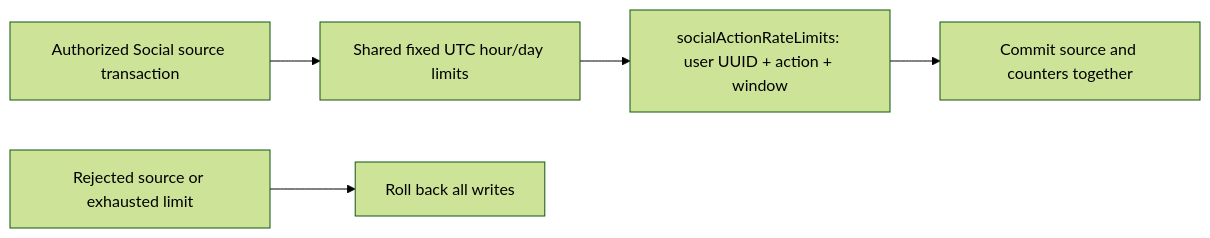
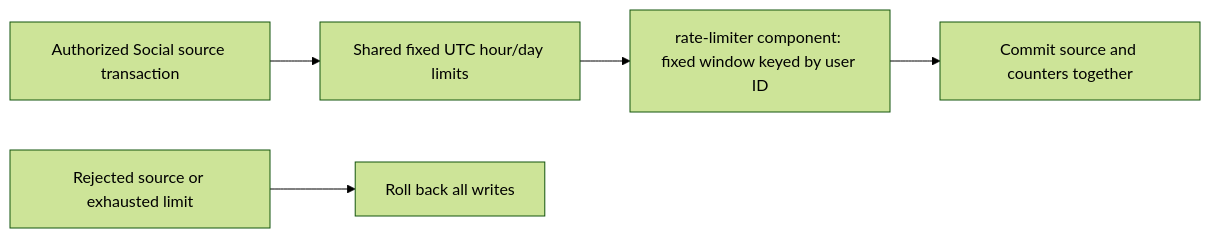
Diagram 35 of 48 in docs/architecture/persistence.md (MPiland/artificer-toolkit), drawn with Mermaid (forest theme) before and after one commit. The commit also changed other lines of this file and 151 other files, not shown here.

````diff
--- a/docs/architecture/persistence.md
+++ b/docs/architecture/persistence.md
@@ -2584,7 +2585,7 @@
 ```mermaid
 flowchart LR
     Source[Authorized Social source transaction] --> Policy[Shared fixed UTC hour/day limits]
-    Policy --> Counter[socialActionRateLimits: user UUID + action + window]
+    Policy --> Counter[rate-limiter component: fixed window keyed by user ID]
     Counter --> Commit[Commit source and counters together]
     Failure[Rejected source or exhausted limit] --> Rollback[Roll back all writes]
 ```
````
